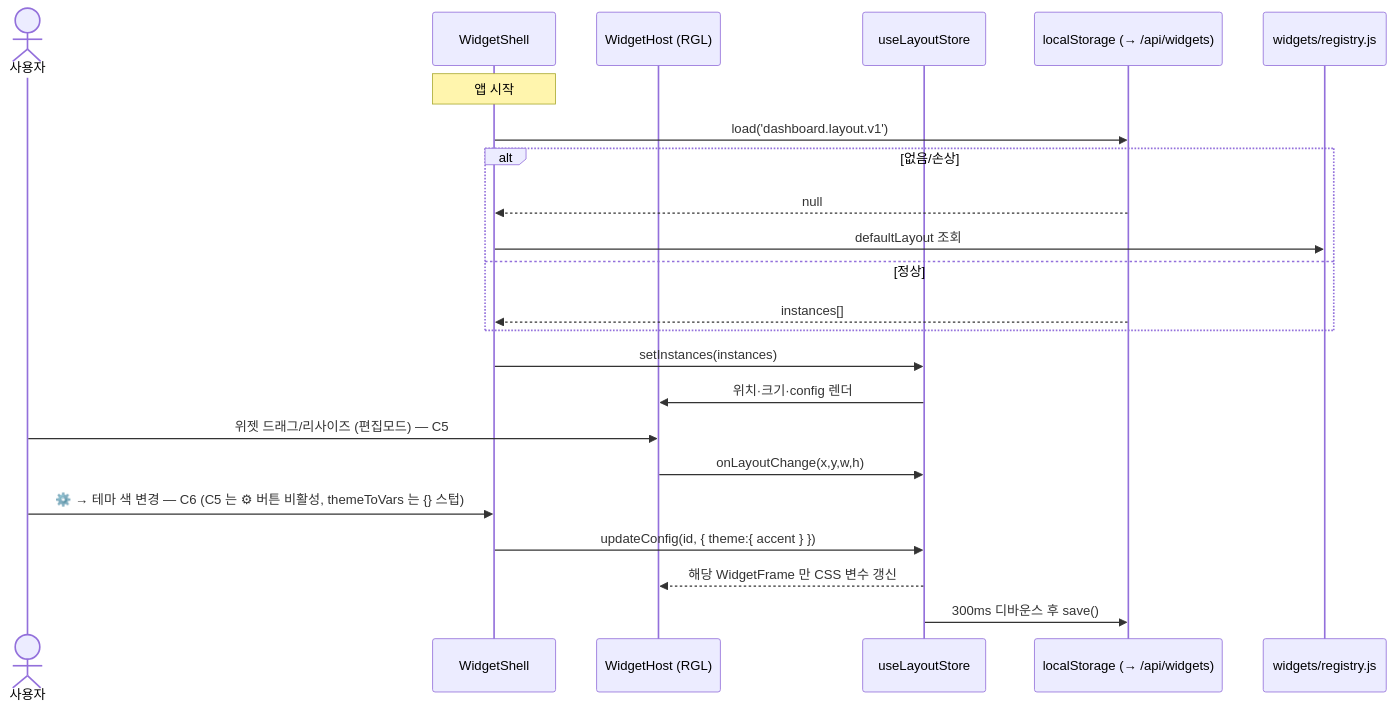
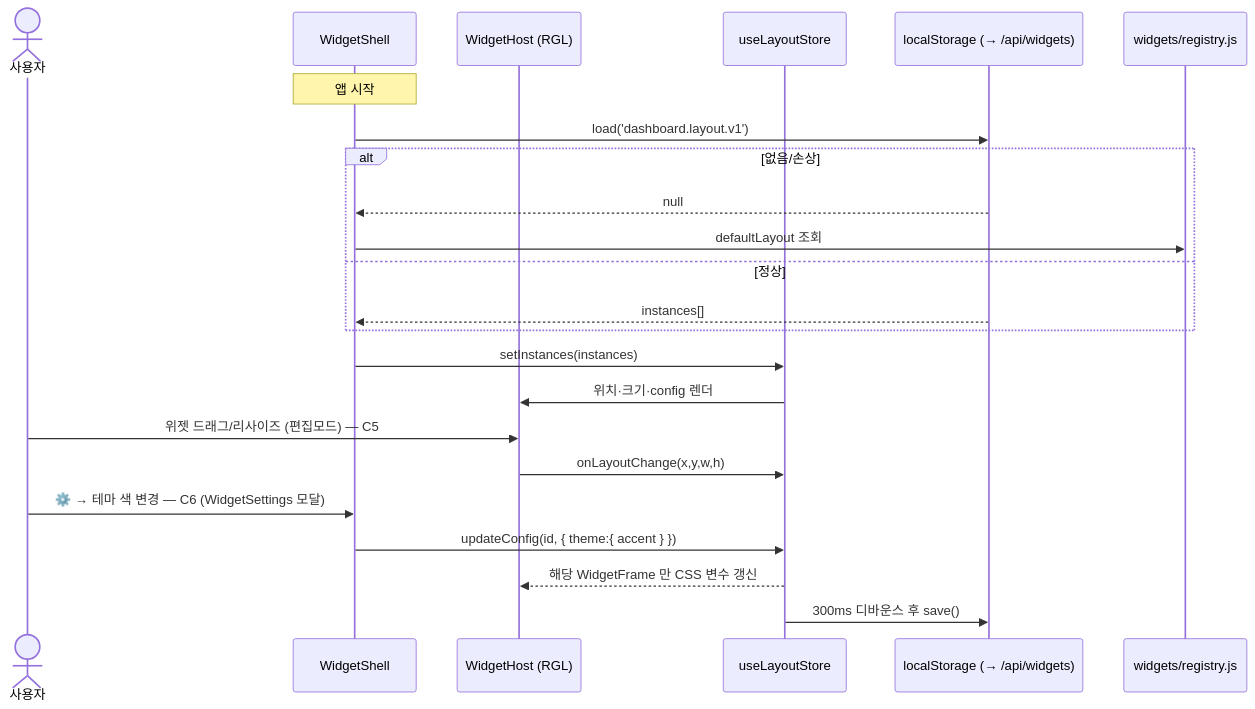
One commit to gamercross/my-setup-proj changed the third of 4 diagrams in docs/product/architecture/DESIGN.md. Above: the diagram before and after it, drawn with Mermaid. The commit also changed other lines of this file and 32 other files, not shown here.

````diff
--- a/docs/product/architecture/DESIGN.md
+++ b/docs/product/architecture/DESIGN.md
@@ -244,27 +244,27 @@
 ```mermaid
 sequenceDiagram
   actor U as 사용자
   participant SH as WidgetShell
   participant HO as WidgetHost (RGL)
   participant LS as useLayoutStore
   participant P as localStorage (→ /api/widgets)
   participant REG as widgets/registry.js
 
   Note over SH: 앱 시작
   SH->>P: load('dashboard.layout.v1')
   alt 없음/손상
     P-->>SH: null
     SH->>REG: defaultLayout 조회
   else 정상
     P-->>SH: instances[]
   end
   SH->>LS: setInstances(instances)
   LS->>HO: 위치·크기·config 렌더
 
   U->>HO: 위젯 드래그/리사이즈 (편집모드) — C5
   HO->>LS: onLayoutChange(x,y,w,h)
-  U->>SH: ⚙️ → 테마 색 변경 — C6 (C5 는 ⚙ 버튼 비활성, themeToVars 는 {} 스텁)
+  U->>SH: ⚙️ → 테마 색 변경 — C6 (WidgetSettings 모달)
   SH->>LS: updateConfig(id, { theme:{ accent } })
   LS-->>HO: 해당 WidgetFrame 만 CSS 변수 갱신
   LS->>P: 300ms 디바운스 후 save()
 ```
````
